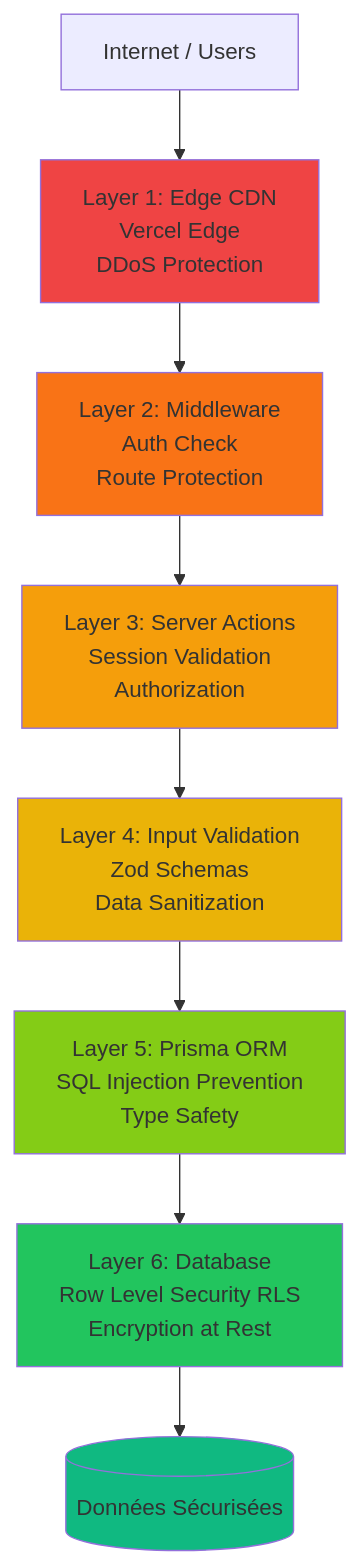
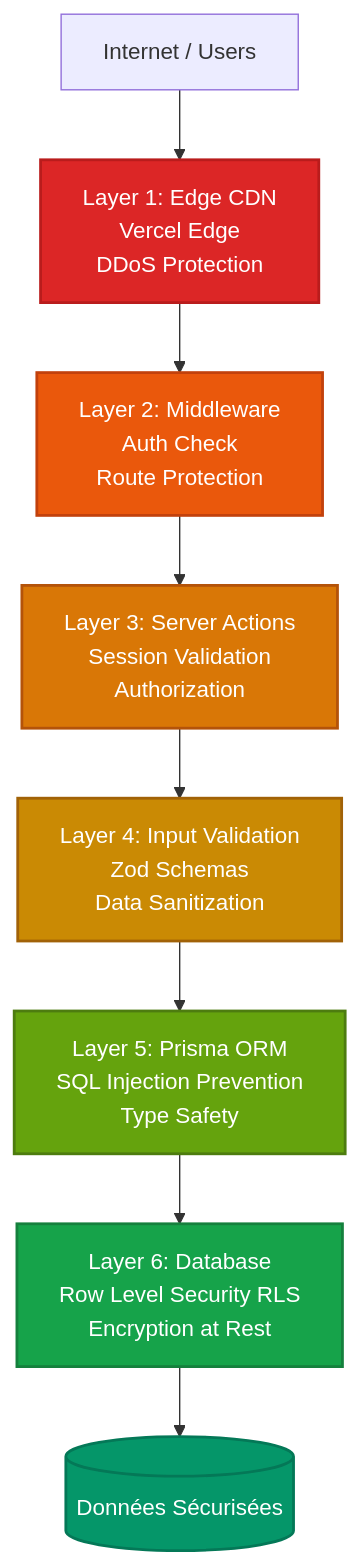
Before and after one commit to inskillflow/next-auth-demo-2-match: diagram 26 of 32 in documentation/16-diagrammes-architecture.md, drawn with Mermaid. The commit also changed other lines of this file, not shown here.

````diff
--- a/documentation/16-diagrammes-architecture.md
+++ b/documentation/16-diagrammes-architecture.md
@@ -1151,24 +1151,24 @@
 ```mermaid
 graph TD
     Internet[Internet / Users] --> L1[Layer 1: Edge CDN<br/>Vercel Edge<br/>DDoS Protection]
     
     L1 --> L2[Layer 2: Middleware<br/>Auth Check<br/>Route Protection]
     
     L2 --> L3[Layer 3: Server Actions<br/>Session Validation<br/>Authorization]
     
     L3 --> L4[Layer 4: Input Validation<br/>Zod Schemas<br/>Data Sanitization]
     
     L4 --> L5[Layer 5: Prisma ORM<br/>SQL Injection Prevention<br/>Type Safety]
     
     L5 --> L6[Layer 6: Database<br/>Row Level Security RLS<br/>Encryption at Rest]
     
     L6 --> Data[(Données Sécurisées)]
     
-    style L1 fill:#ef4444
-    style L2 fill:#f97316
-    style L3 fill:#f59e0b
-    style L4 fill:#eab308
-    style L5 fill:#84cc16
-    style L6 fill:#22c55e
-    style Data fill:#10b981
+    style L1 fill:#dc2626,stroke:#b91c1c,stroke-width:2px,color:#fff
+    style L2 fill:#ea580c,stroke:#c2410c,stroke-width:2px,color:#fff
+    style L3 fill:#d97706,stroke:#b45309,stroke-width:2px,color:#fff
+    style L4 fill:#ca8a04,stroke:#a16207,stroke-width:2px,color:#fff
+    style L5 fill:#65a30d,stroke:#4d7c0f,stroke-width:2px,color:#fff
+    style L6 fill:#16a34a,stroke:#15803d,stroke-width:2px,color:#fff
+    style Data fill:#059669,stroke:#047857,stroke-width:2px,color:#fff
 ```
````
